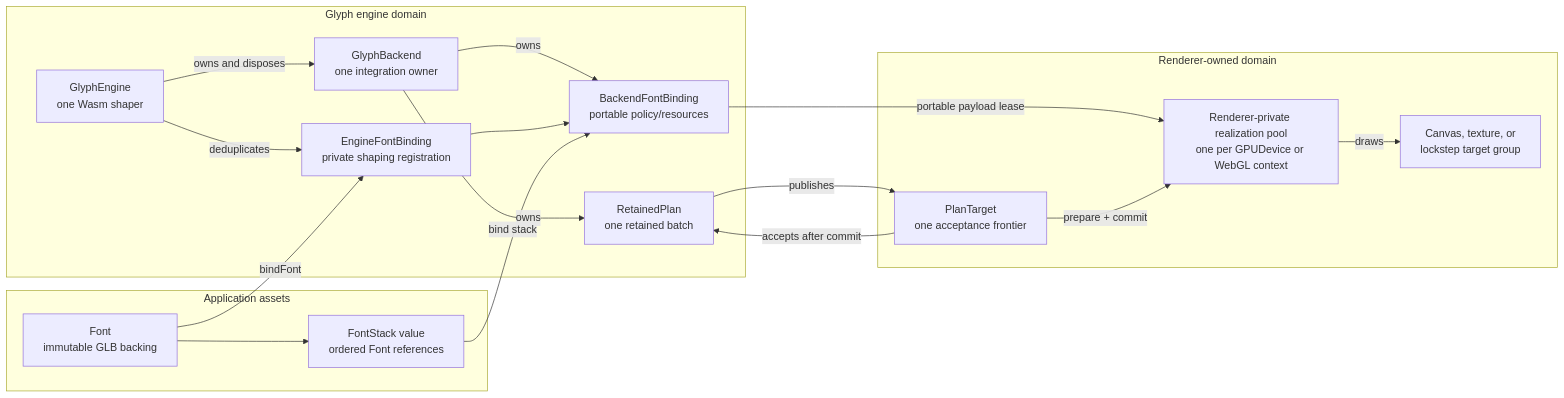
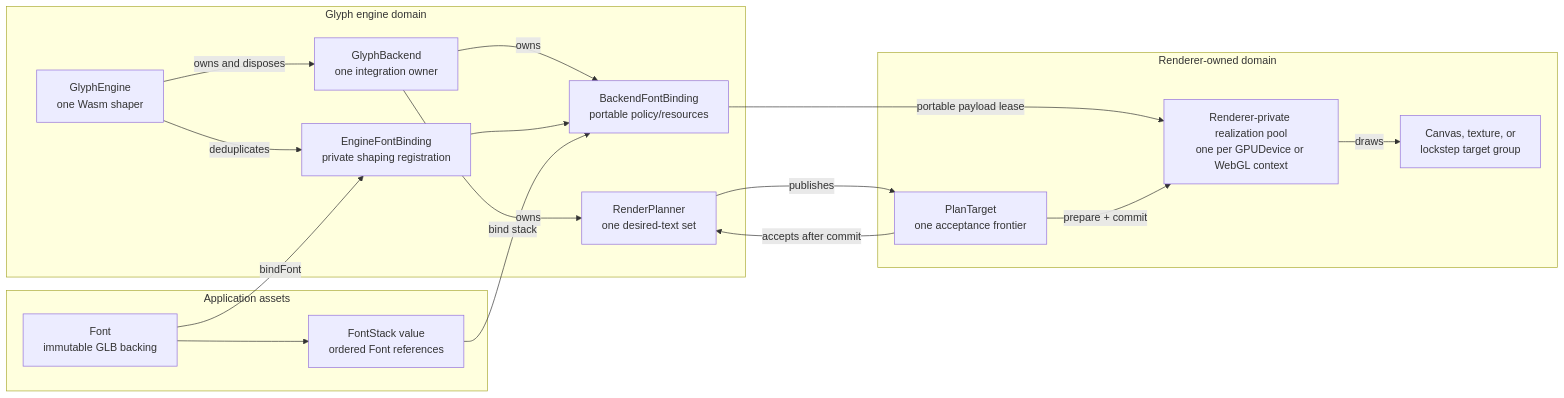
The first of 9 diagrams in docs/planning/font-runtime-ownership.md (pmndrs/glyph), drawn with Mermaid before and after one commit. The commit also changed other lines of this file and 14 other files, not shown here.

````diff
--- a/docs/planning/font-runtime-ownership.md
+++ b/docs/planning/font-runtime-ownership.md
@@ -82,34 +82,34 @@
 ```mermaid
 flowchart LR
   subgraph Assets[Application assets]
     F[Font\nimmutable GLB backing]
     FS[FontStack value\nordered Font references]
     F --> FS
   end
 
   subgraph Engine[Glyph engine domain]
     R[GlyphEngine\none Wasm shaper]
     H[GlyphBackend\none integration owner]
     RB[EngineFontBinding\nprivate shaping registration]
     HB[BackendFontBinding\nportable policy/resources]
-    S[RetainedPlan\none retained batch]
+    S[RenderPlanner\none desired-text set]
     R -->|owns and disposes| H
     R -->|deduplicates| RB
     H -->|owns| HB
     H -->|owns| S
     F -->|bindFont| RB
     RB --> HB
     FS -->|bind stack| HB
   end
 
   subgraph Renderer[Renderer-owned domain]
     T[PlanTarget\none acceptance frontier]
     P[Renderer-private realization pool\none per GPUDevice or WebGL context]
     C[Canvas, texture, or\nlockstep target group]
     S -->|publishes| T
     HB -->|portable payload lease| P
     T -->|prepare + commit| P
     P -->|draws| C
     T -->|accepts after commit| S
   end
 ```
````
